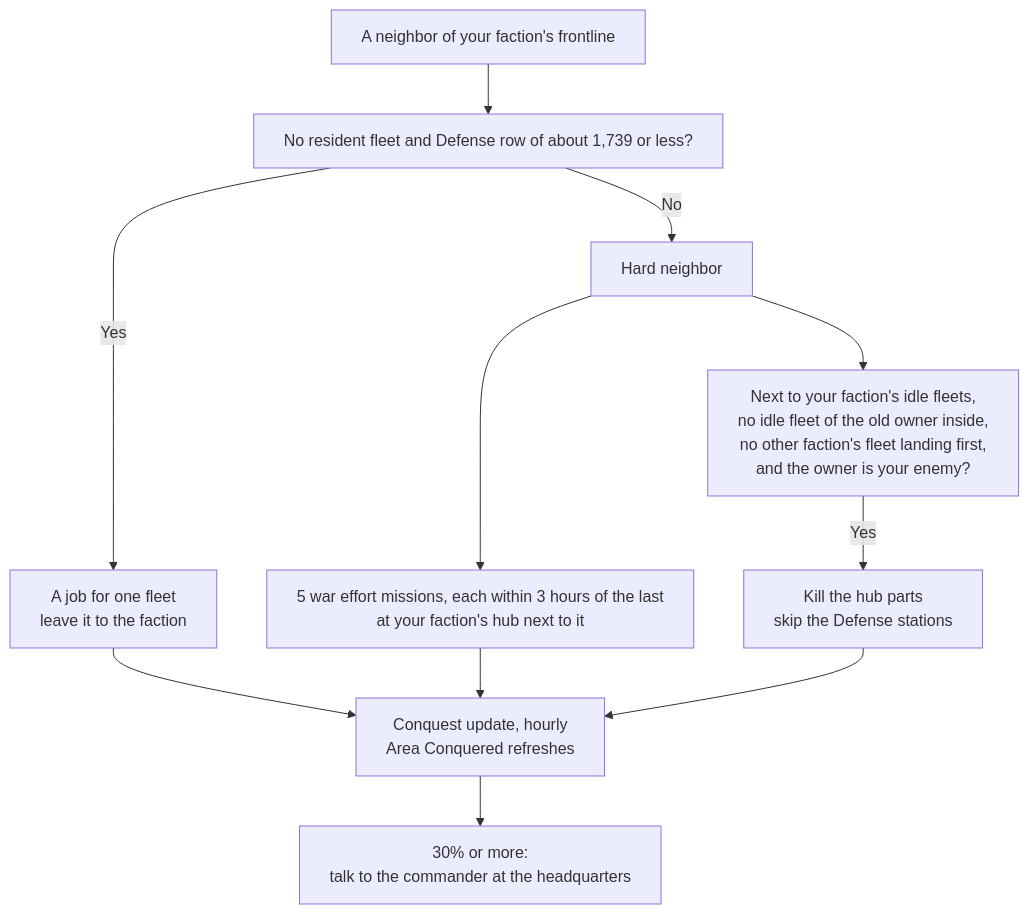
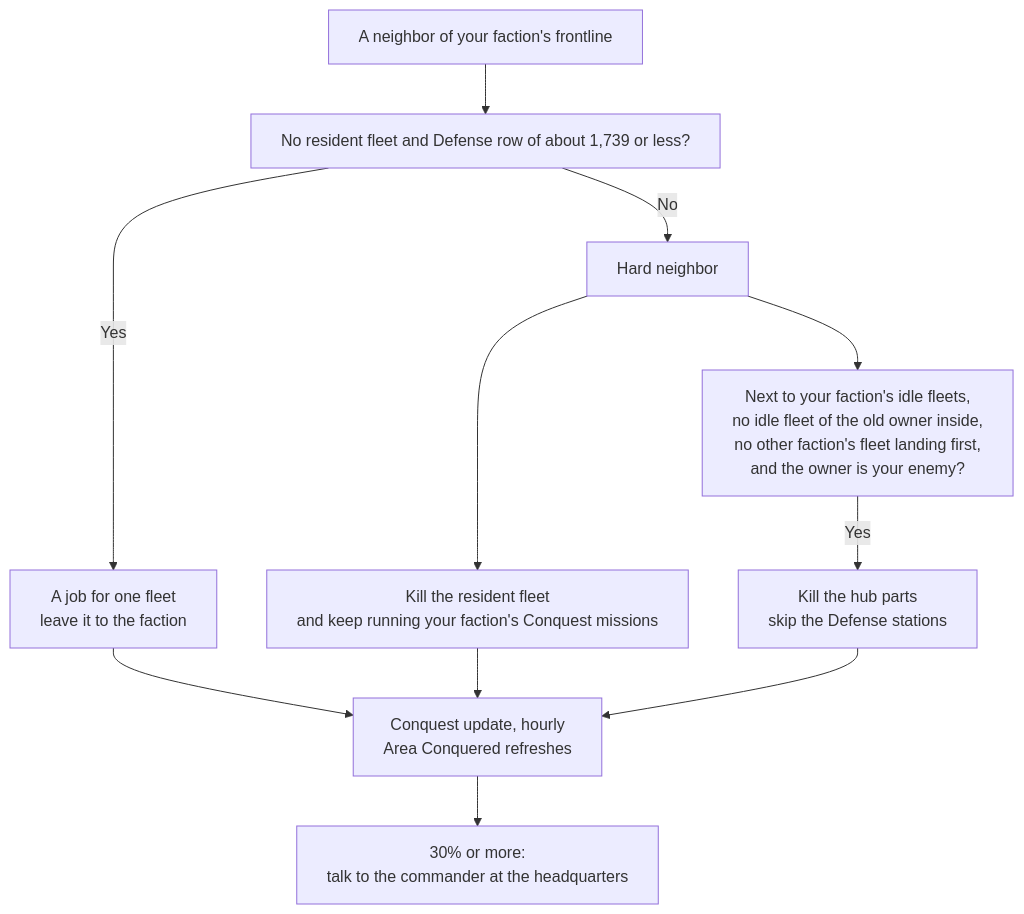
One commit to williammabernathy/Igi-s-QoL-Modpack changed the third of 3 diagrams in docs/mechanics/conquest/sector-control.md. Above: the diagram before and after it, drawn with Mermaid. The commit also changed other lines of this file and 78 other files, not shown here.

````diff
--- a/docs/mechanics/conquest/sector-control.md
+++ b/docs/mechanics/conquest/sector-control.md
@@ -194,18 +258,18 @@
 ```mermaid
 ---
 config:
   flowchart:
     wrappingWidth: 420
 ---
 flowchart TD
     A["A neighbor of your faction's frontline"] --> B["No resident fleet and Defense row of about 1,739 or less?"]
     B -- Yes --> C["A job for one fleet<br/>leave it to the faction"]
     B -- No --> D["Hard neighbor"]
-    D --> E["5 war effort missions, each within 3 hours of the last<br/>at your faction's hub next to it"]
+    D --> E["Kill the resident fleet<br/>and keep running your faction's Conquest missions"]
     D --> F["Next to your faction's idle fleets,<br/>no idle fleet of the old owner inside,<br/>no other faction's fleet landing first,<br/>and the owner is your enemy?"]
     F -- Yes --> G["Kill the hub parts<br/>skip the Defense stations"]
     C --> H["Conquest update, hourly<br/>Area Conquered refreshes"]
     E --> H
     G --> H
     H --> I["30% or more:<br/>talk to the commander at the headquarters"]
 ```
````
